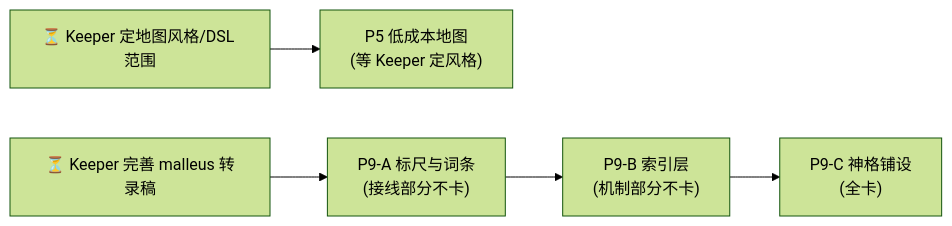
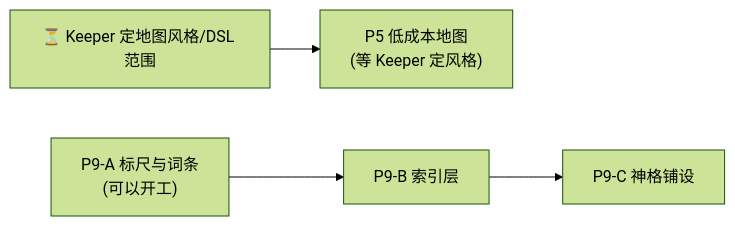
Before and after one commit to Mzihong/coc-keeper-kit: the diagram in update_plan/README.md, drawn with Mermaid (forest theme). The commit also changed other lines of this file and 12 other files, not shown here.

````diff
--- a/update_plan/README.md
+++ b/update_plan/README.md
@@ -25,13 +25,11 @@
 ```mermaid
 graph LR
     P5["P5 低成本地图<br/>(等 Keeper 定风格)"]
-    P9A["P9-A 标尺与词条<br/>(接线部分不卡)"]
-    P9B["P9-B 索引层<br/>(机制部分不卡)"]
-    P9C["P9-C 神格铺设<br/>(全卡)"]
+    P9A["P9-A 标尺与词条<br/>(可以开工)"]
+    P9B["P9-B 索引层"]
+    P9C["P9-C 神格铺设"]
     KeeperMap["⏳ Keeper 定地图风格/DSL 范围"]
-    KeeperMM["⏳ Keeper 完善 malleus 转录稿"]
 
     KeeperMap --> P5
-    KeeperMM --> P9A
     P9A --> P9B --> P9C
 ```
````
